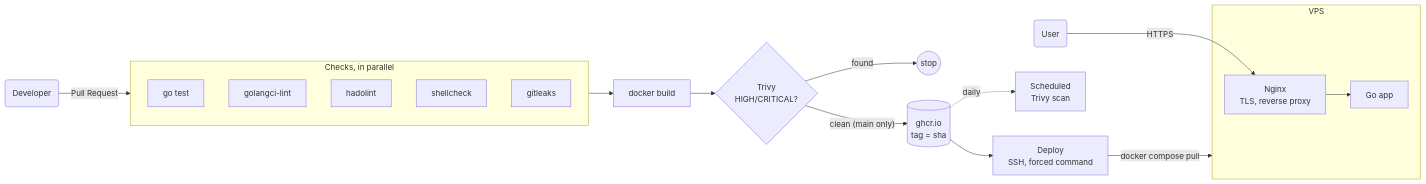
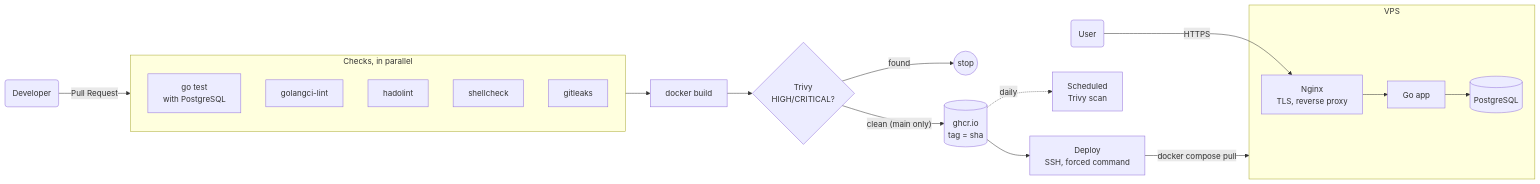
The diagram in README.md (nemelix/go-service-platform), drawn with Mermaid before and after one commit. The commit also changed other lines of this file and 1 other file, not shown here.

````diff
--- a/README.md
+++ b/README.md
@@ -13,25 +13,26 @@
 ```mermaid
 flowchart LR
     dev(Developer) -->|Pull Request| checks
 
     subgraph checks[Checks, in parallel]
-        test[go test]
+        test[go test<br/>with PostgreSQL]
         lint[golangci-lint]
         hado[hadolint]
         sc[shellcheck]
         gl[gitleaks]
     end
 
     checks --> build[docker build]
     build --> trivy{Trivy<br/>HIGH/CRITICAL?}
     trivy -->|found| stop((stop))
     trivy -->|"clean (main only)"| reg[(ghcr.io<br/>tag = sha)]
     reg --> deploy[Deploy<br/>SSH, forced command]
     deploy -->|docker compose pull| vps
     reg -.->|daily| scan[Scheduled<br/>Trivy scan]
     user(User) -->|HTTPS| nginx
 
     subgraph vps[VPS]
         nginx[Nginx<br/>TLS, reverse proxy] --> app[Go app]
+        app --> db[(PostgreSQL)]
     end
 ```
````
